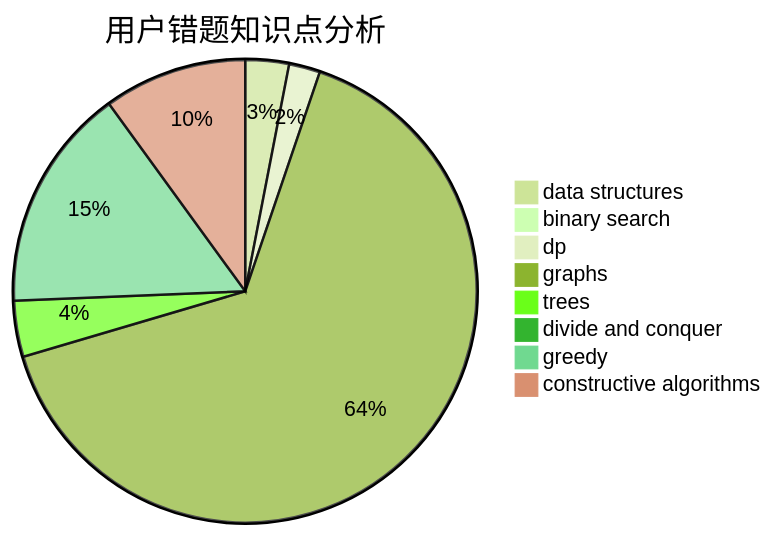
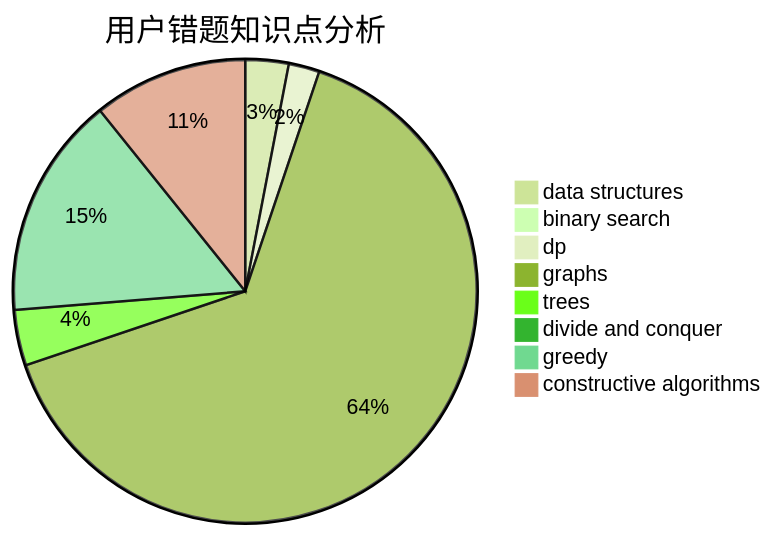
The third of 3 diagrams in docs/user/u1556.md (sherpahu/cfrs.github.io), drawn with Mermaid (forest theme) before and after one commit. The commit also changed other lines of this file and 2770 other files, not shown here.

````diff
--- a/docs/user/u1556.md
+++ b/docs/user/u1556.md
@@ -36,11 +36,11 @@
 ```mermaid
 pie title 用户错题知识点分析
     "data structures" :  7
     "binary search" :  2
     "dp" :  5
     "graphs" :  150
     "trees" :  9
     "divide and conquer" :  2
     "greedy" :  36
-    "constructive algorithms" :  23
+    "constructive algorithms" :  25
 ```
````
